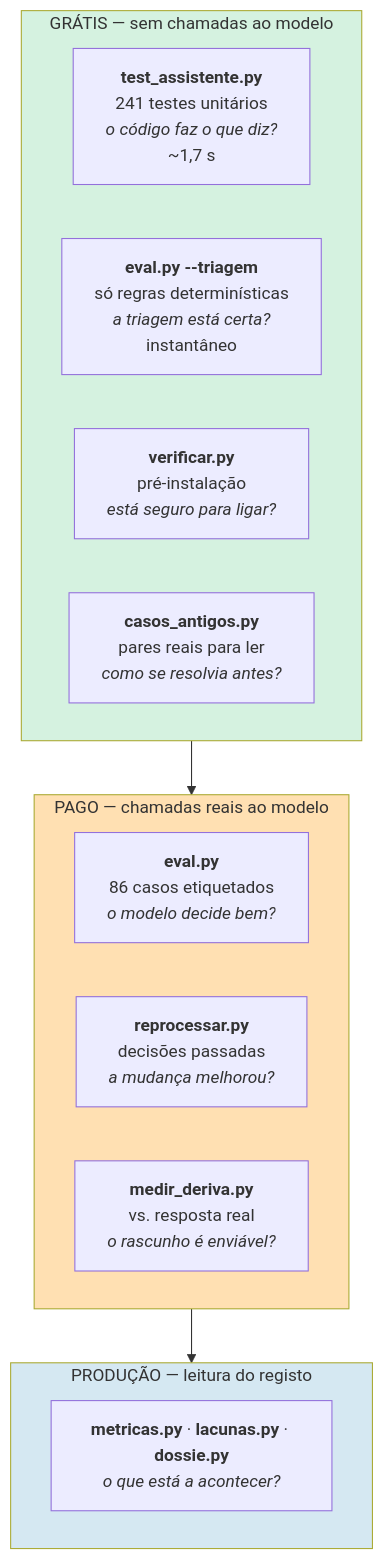
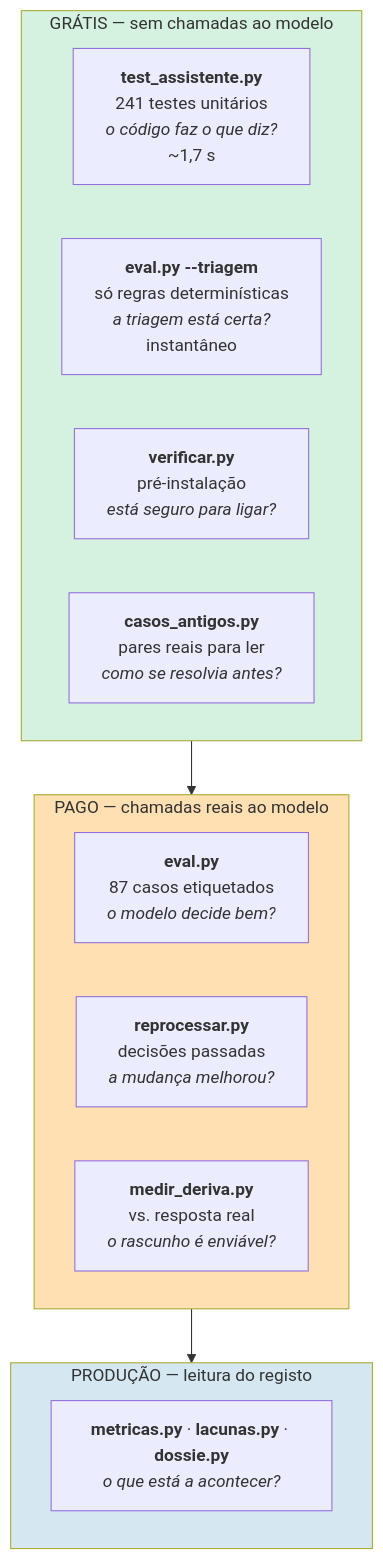
Before and after one commit to joaocarvalhini/Outlook-Reply-Assistant: the first of 3 diagrams in docs/05-reliability/qa.md, drawn with Mermaid. The commit also changed other lines of this file and 8 other files, not shown here.

````diff
--- a/docs/05-reliability/qa.md
+++ b/docs/05-reliability/qa.md
@@ -19,22 +19,22 @@
 ```mermaid
 flowchart TB
     subgraph G["GRÁTIS — sem chamadas ao modelo"]
         T1["<b>test_assistente.py</b><br/>241 testes unitários<br/><i>o código faz o que diz?</i><br/>~1,7 s"]
         T2["<b>eval.py --triagem</b><br/>só regras determinísticas<br/><i>a triagem está certa?</i><br/>instantâneo"]
         T3["<b>verificar.py</b><br/>pré-instalação<br/><i>está seguro para ligar?</i>"]
         T4["<b>casos_antigos.py</b><br/>pares reais para ler<br/><i>como se resolvia antes?</i>"]
     end
     subgraph P["PAGO — chamadas reais ao modelo"]
-        T5["<b>eval.py</b><br/>86 casos etiquetados<br/><i>o modelo decide bem?</i>"]
+        T5["<b>eval.py</b><br/>87 casos etiquetados<br/><i>o modelo decide bem?</i>"]
         T6["<b>reprocessar.py</b><br/>decisões passadas<br/><i>a mudança melhorou?</i>"]
         T7["<b>medir_deriva.py</b><br/>vs. resposta real<br/><i>o rascunho é enviável?</i>"]
     end
     subgraph PR["PRODUÇÃO — leitura do registo"]
         T8["<b>metricas.py</b> · <b>lacunas.py</b> · <b>dossie.py</b><br/><i>o que está a acontecer?</i>"]
     end
 
     G --> P --> PR
     style G fill:#d5f2e0
     style P fill:#ffe0b2
     style PR fill:#d5e8f2
 ```
````
